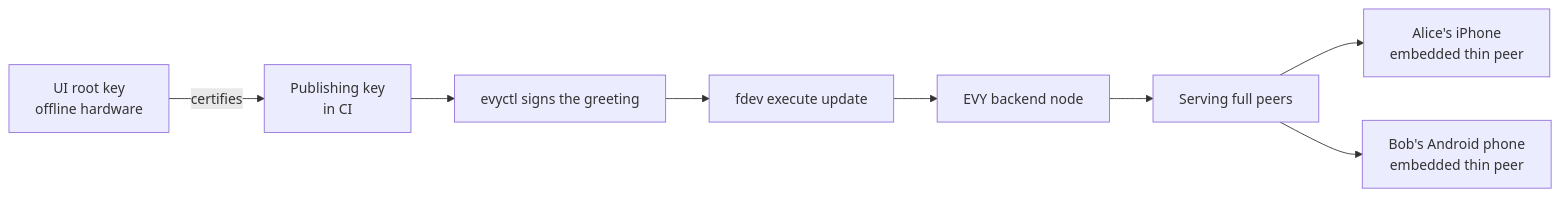
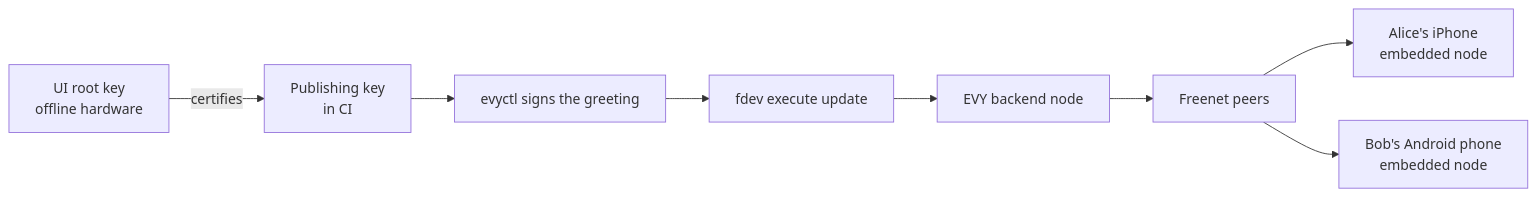
Before and after one commit to EVY-Platform/evy-freenet-plans: the first of 5 diagrams in 2-evy-on-freenet/01-hello-evy-world.md, drawn with Mermaid. The commit also changed other lines of this file and 17 other files, not shown here.

First line of the commit message:
Replace the thin-peer plan with a bandwidth profile

````diff
--- a/2-evy-on-freenet/01-hello-evy-world.md
+++ b/2-evy-on-freenet/01-hello-evy-world.md
@@ -27,10 +27,10 @@
 ```mermaid
 flowchart LR
     Root[UI root key<br>offline hardware] -->|certifies| Key[Publishing key<br>in CI]
     Key --> Ctl[evyctl signs the greeting]
     Ctl --> Fdev[fdev execute update]
     Fdev --> Node[EVY backend node]
-    Node --> Net[Serving full peers]
-    Net --> A[Alice's iPhone<br>embedded thin peer]
-    Net --> B[Bob's Android phone<br>embedded thin peer]
+    Node --> Net[Freenet peers]
+    Net --> A[Alice's iPhone<br>embedded node]
+    Net --> B[Bob's Android phone<br>embedded node]
 ```
````
